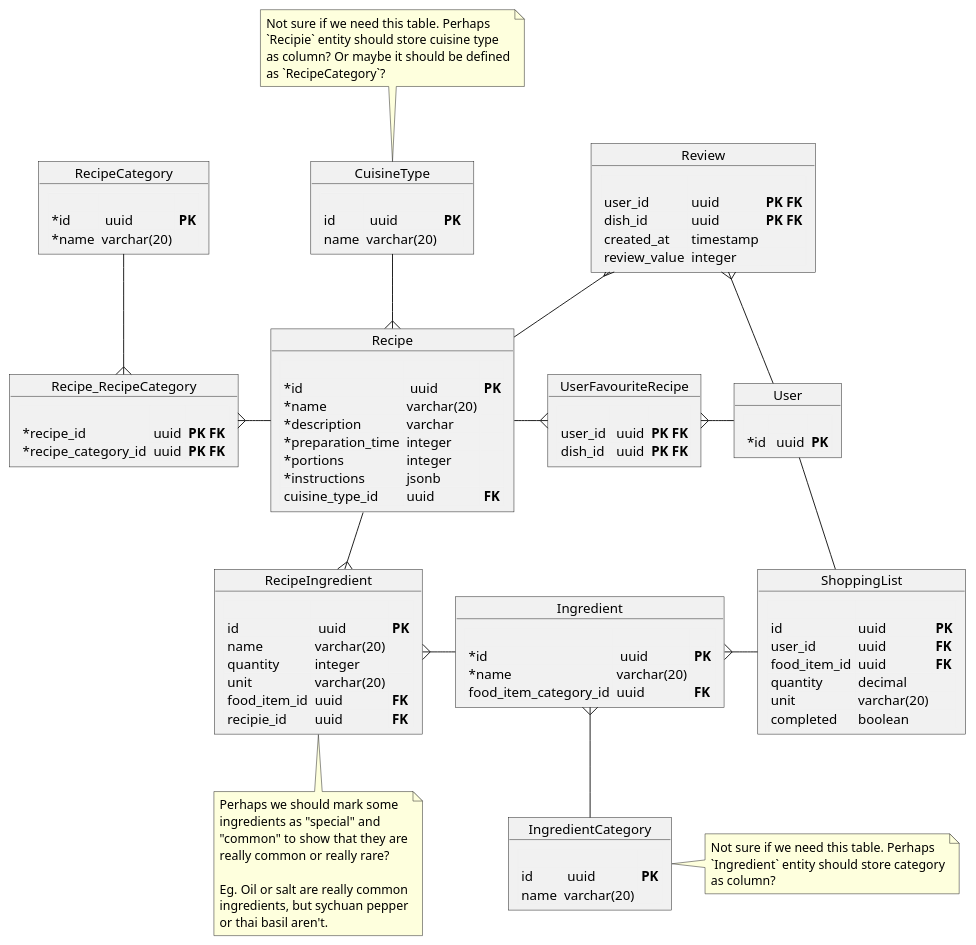
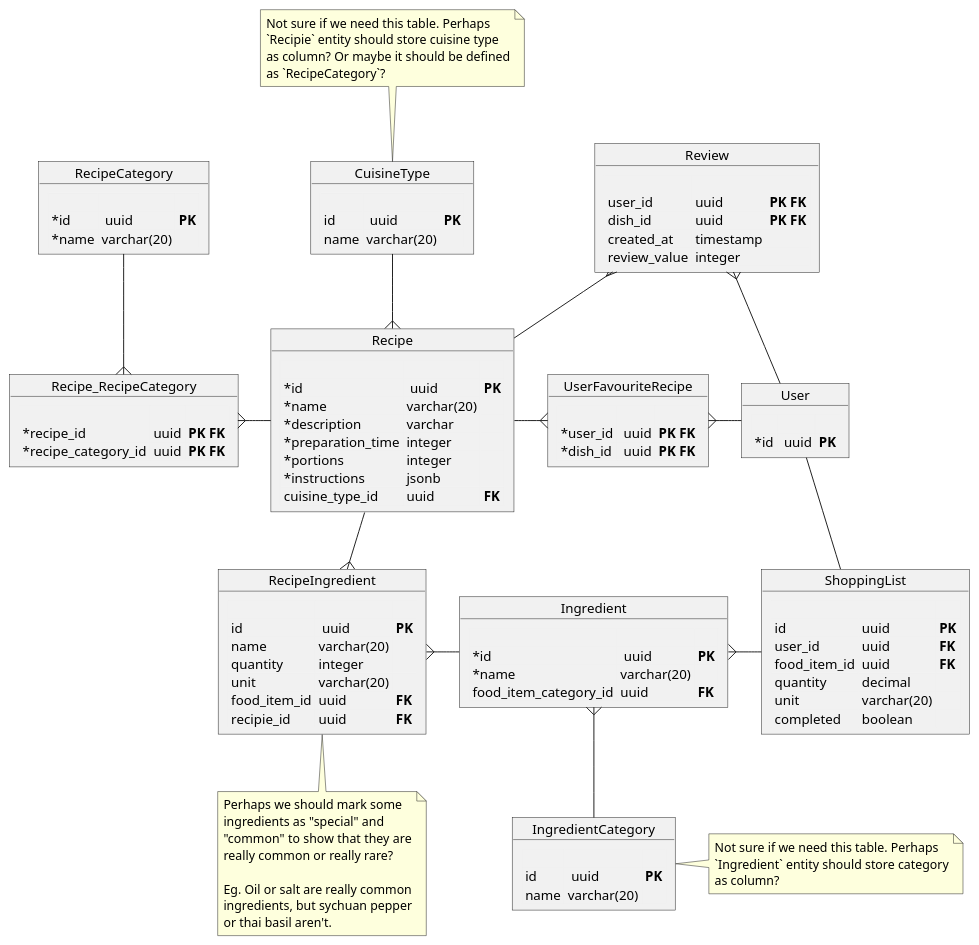
Before and after one commit to oskarski/inzynierka: the diagram in docs/db-schema.puml, drawn with PlantUML.

Commit message:
marked user favourite recipes as done

```diff
--- a/docs/db-schema.puml
+++ b/docs/db-schema.puml
@@ -1,119 +1,119 @@
 @startuml
 object Recipe  {
     <#F1F1F1,#F1F1F1>|= |= |= |
     | *id |  uuid | **PK** |
     | *name | varchar(20) |
     | *description | varchar |
     | *preparation_time | integer |
     | *portions | integer |
     | *instructions | jsonb |
     | cuisine_type_id | uuid | **FK** |
 }
 
 object RecipeIngredient {
   <#F1F1F1,#F1F1F1>|= |= |= |
     | id |  uuid | **PK** |
     | name | varchar(20) |
     | quantity | integer |
     | unit | varchar(20) |
     | food_item_id | uuid| **FK** |
     | recipie_id | uuid | **FK** |
 }
 
 note bottom of RecipeIngredient
     Perhaps we should mark some
     ingredients as "special" and
     "common" to show that they are
     really common or really rare?
 
     Eg. Oil or salt are really common
     ingredients, but sychuan pepper
     or thai basil aren't.
 end note
 
 object Ingredient {
   <#F1F1F1,#F1F1F1>|= |= |= |
     | *id |  uuid | **PK** |
     | *name | varchar(20) |
     | food_item_category_id | uuid | **FK** |
 }
 
 object IngredientCategory {
   <#F1F1F1,#F1F1F1>|= |= |= |
     | id |  uuid | **PK** |
     | name | varchar(20) |
 }
 
 note right of IngredientCategory
     Not sure if we need this table. Perhaps
     `Ingredient` entity should store category
     as column?
 end note
 
 object CuisineType {
     <#F1F1F1,#F1F1F1>|= |= |= |
     | id |  uuid | **PK** |
     | name | varchar(20) |
 }
 
 note top of CuisineType
     Not sure if we need this table. Perhaps
     `Recipie` entity should store cuisine type
     as column? Or maybe it should be defined
     as `RecipeCategory`?
 end note
 
 object RecipeCategory {
     <#F1F1F1,#F1F1F1>|= |= |= |
     | *id |  uuid | **PK** |
     | *name | varchar(20) |
 }
 
 object Recipe_RecipeCategory {
     <#F1F1F1,#F1F1F1>|= |= |= |
     | *recipe_id | uuid | **PK FK** |
     | *recipe_category_id | uuid | **PK FK** |
 }
 
 object User {
     <#F1F1F1,#F1F1F1>|= |= |= |
     | *id |  uuid | **PK** |
 }
 
 object UserFavouriteRecipe {
     <#F1F1F1,#F1F1F1>|= |= |= |
-    | user_id |  uuid | **PK FK** |
-    | dish_id |  uuid | **PK FK** |
+    | *user_id |  uuid | **PK FK** |
+    | *dish_id |  uuid | **PK FK** |
 }
 
 object Review {
     <#F1F1F1,#F1F1F1>|= |= |= |
     | user_id | uuid | **PK FK** |
     | dish_id | uuid | **PK FK** |
     | created_at | timestamp | |
     | review_value | integer | |
 }
 
 object ShoppingList {
     <#F1F1F1,#F1F1F1>|= |= |= |
     | id | uuid | **PK** |
     | user_id | uuid | **FK** |
     | food_item_id | uuid | **FK** |
     | quantity | decimal | |
     | unit | varchar(20) | |
     | completed | boolean | |
 }
 
 Recipe -down-{ RecipeIngredient
 RecipeIngredient }-right- Ingredient
 Ingredient }-- IngredientCategory
 Recipe }-up- CuisineType
 Recipe -left-{ Recipe_RecipeCategory
 Recipe_RecipeCategory }-up- RecipeCategory
 Recipe -right-{ UserFavouriteRecipe
 UserFavouriteRecipe }-right- User
 Recipe -up-{ Review
 Review }-down- User
 User -- ShoppingList
 ShoppingList -left-{ Ingredient
 @enduml
```
